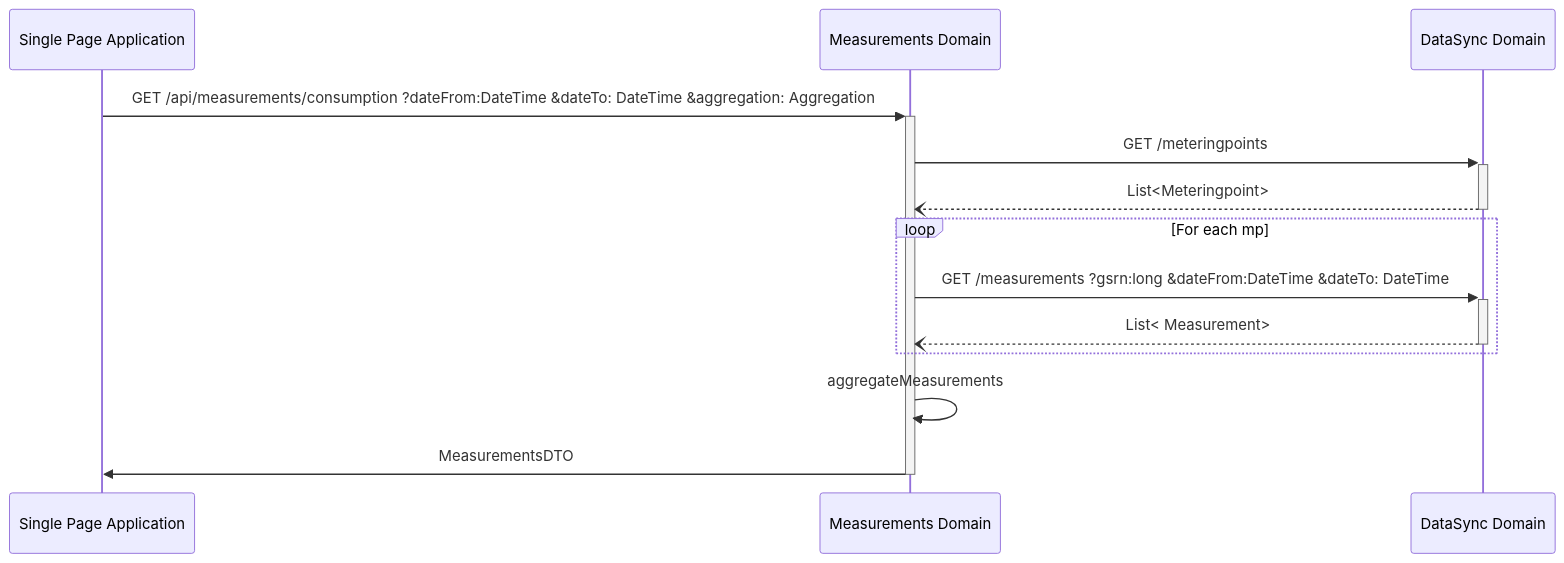
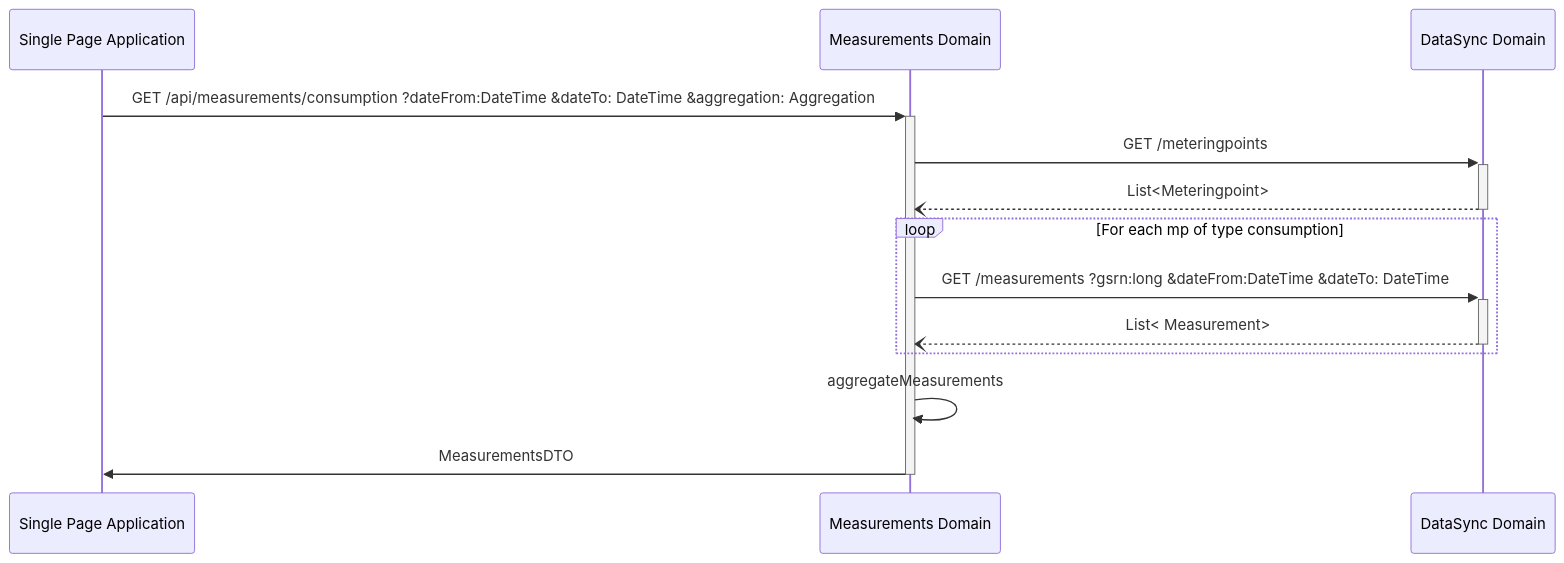
The diagram in doc/api/measurements.md (Energinet-DataHub/energy-origin), drawn with Mermaid before and after one commit. The commit also changed other lines of this file and 3 other files, not shown here.

````diff
--- a/doc/api/measurements.md
+++ b/doc/api/measurements.md
@@ -40,21 +39,21 @@
 ```mermaid
 sequenceDiagram
     participant spa as Single Page Application
     participant em as Measurements Domain
     participant ds as DataSync Domain
 
     spa->>+ em: GET /api/measurements/consumption  ?dateFrom:DateTime  &dateTo: DateTime &aggregation: Aggregation
     
     em->>+ ds: GET /meteringpoints
     ds--)- em: List<Meteringpoint>
     
-    loop For each mp
+    loop For each mp of type consumption
       em ->>+ ds: GET /measurements ?gsrn:long &dateFrom:DateTime &dateTo: DateTime
         
       ds --)- em: List< Measurement>
     end
     em->> em: aggregateMeasurements
 
     em->>- spa: MeasurementsDTO
 
 ```
````
